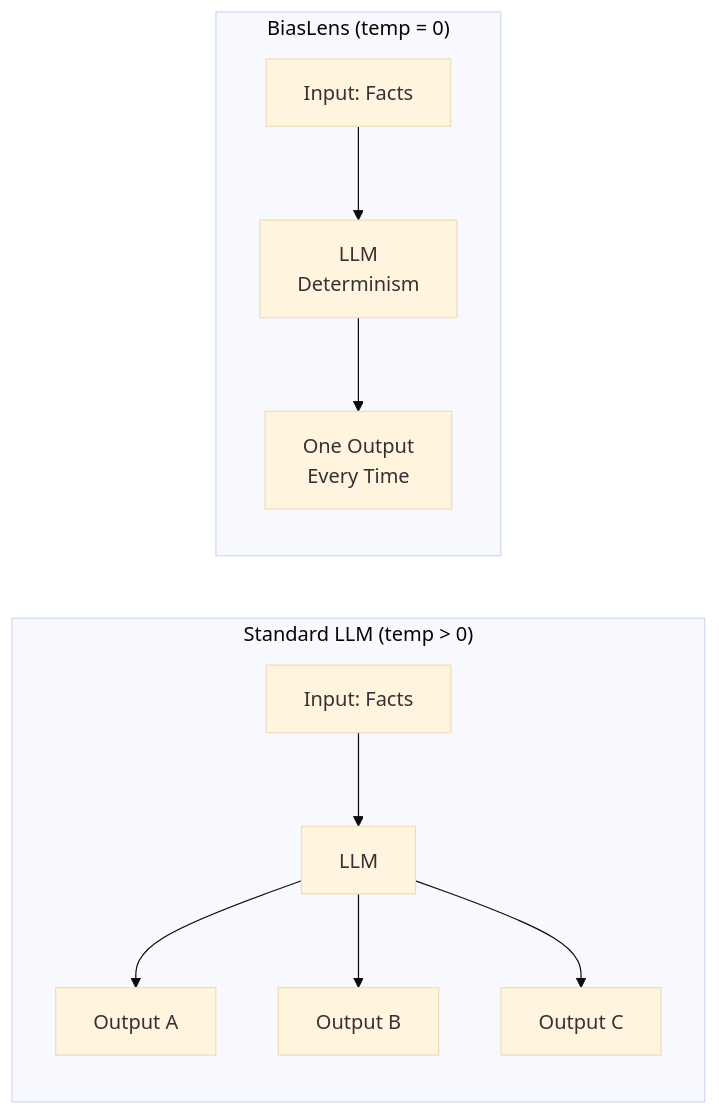
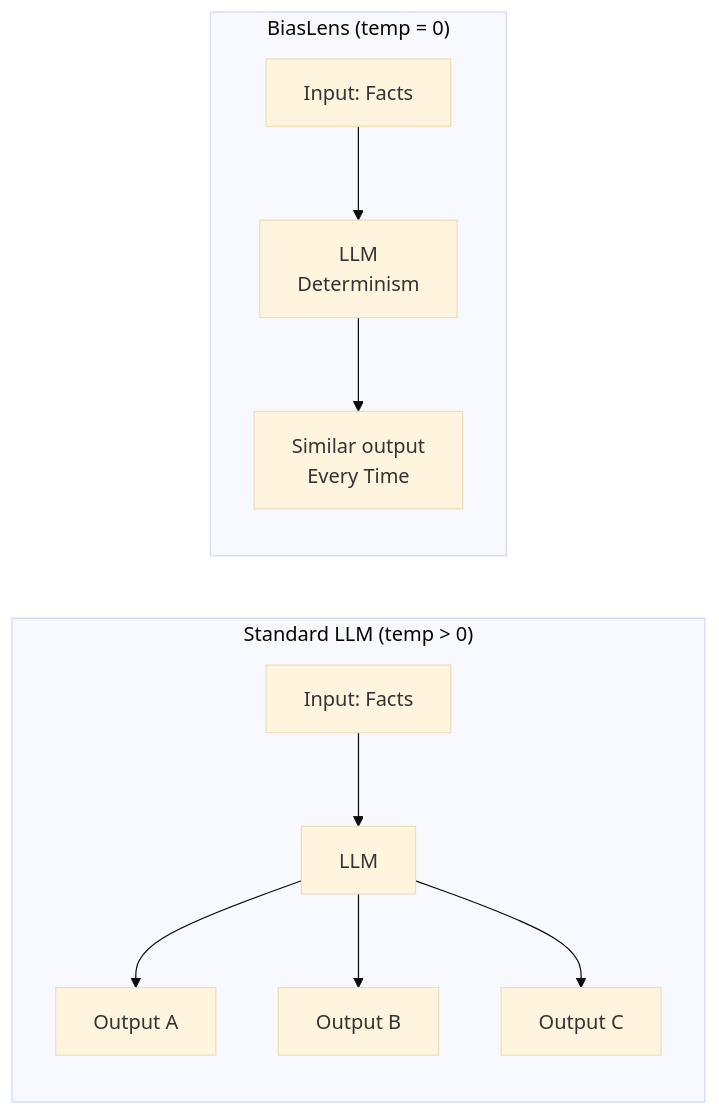
Before and after one commit to Kaushalsingh79/BiasLens_sup: the second of 2 diagrams in readme.md, drawn with Mermaid (base theme).

````diff
--- a/readme.md
+++ b/readme.md
@@ -150,14 +150,14 @@
 ```mermaid
 graph LR
     subgraph "Standard LLM (temp > 0)"
         A1[Input: Facts] --> B1[LLM]
         B1 --> C1[Output A]
         B1 --> D1[Output B]
         B1 --> E1[Output C]
     end
     
     subgraph "BiasLens (temp = 0)"
         A2[Input: Facts] --> B2[LLM<br/>Determinism]
-        B2 --> C2[One Output<br/>Every Time]
+        B2 --> C2[Similar output<br/>Every Time]
     end
 ```
````
